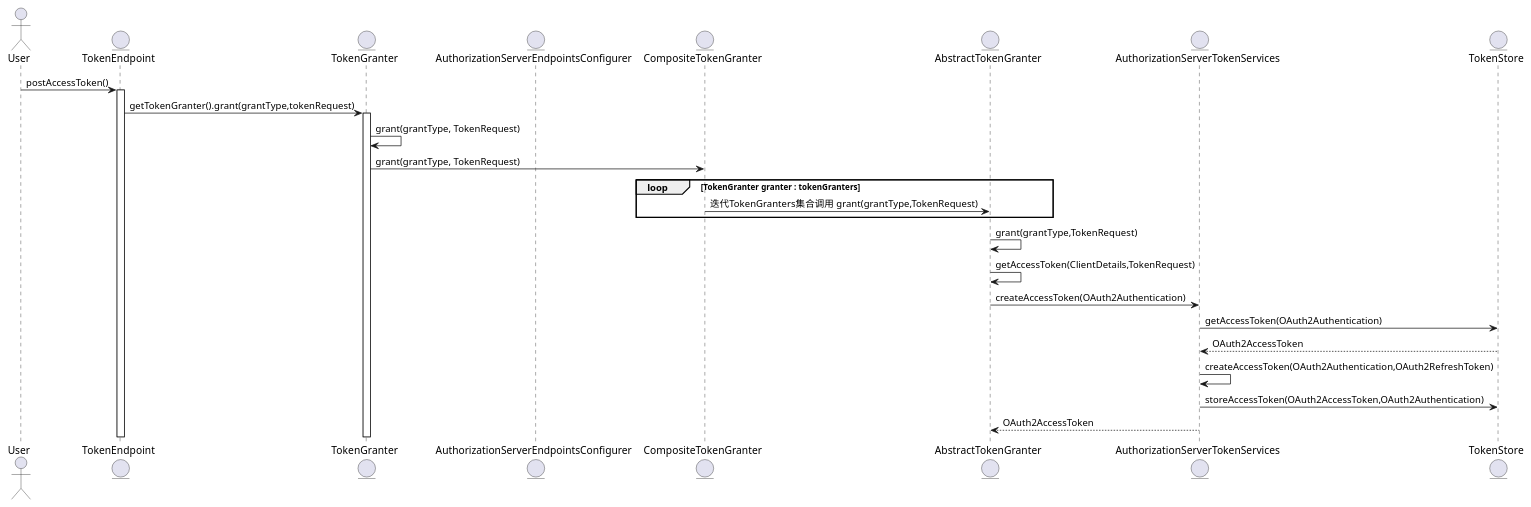
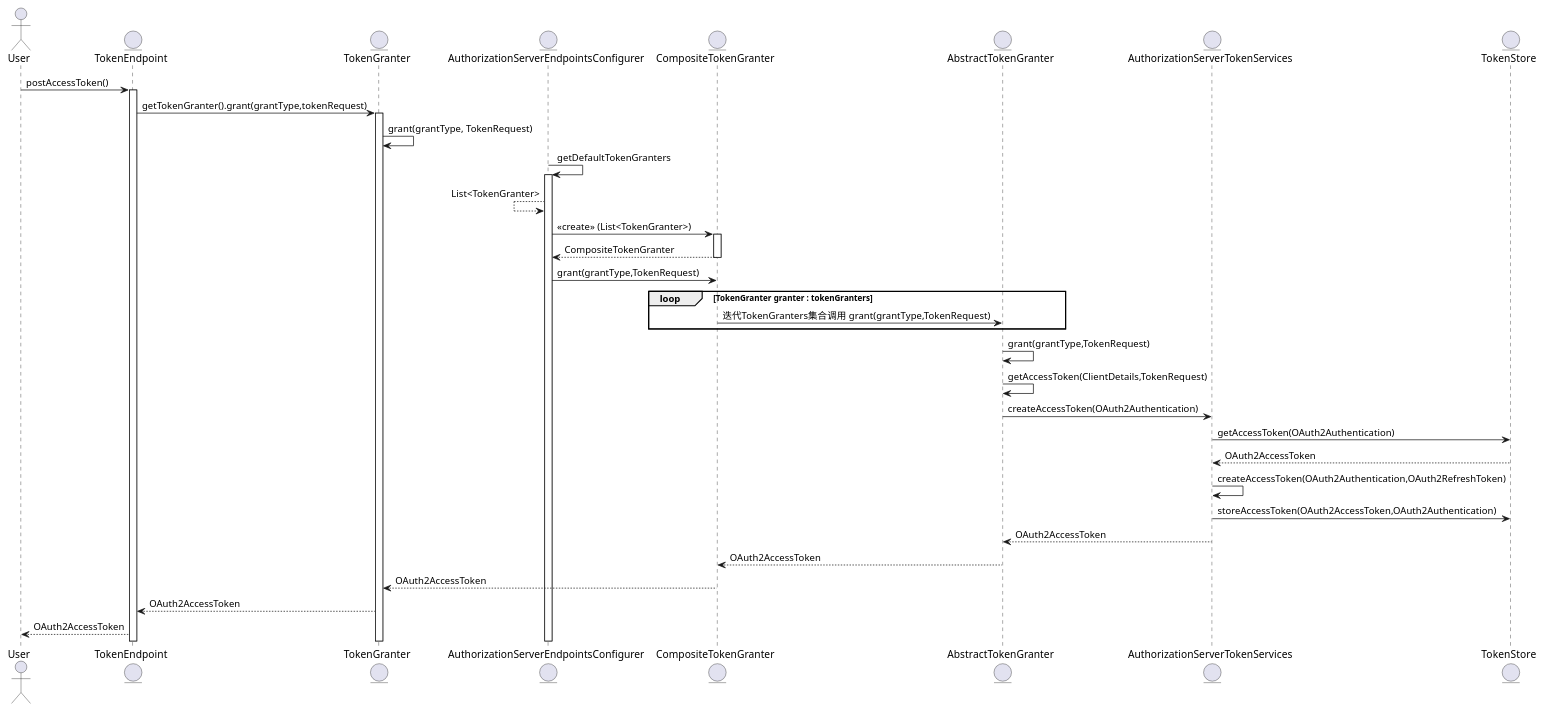
Before and after one commit to JL-Code/thinking-in-java: the diagram in doc/uml/TokenEndpointTokenGrantFlow.puml, drawn with PlantUML.

Commit message:
update TokenEndpointTokenGrantFlow

```diff
--- a/doc/uml/TokenEndpointTokenGrantFlow.puml
+++ b/doc/uml/TokenEndpointTokenGrantFlow.puml
@@ -1,46 +1,73 @@
 @startuml
 actor User
 entity TokenEndpoint
 'entity AbstractEndpoint
 entity TokenGranter
 entity AuthorizationServerEndpointsConfigurer
 entity CompositeTokenGranter
 entity AbstractTokenGranter
 entity AuthorizationServerTokenServices
 entity TokenStore
 
 '/oauth/token,post
 User-> TokenEndpoint: postAccessToken()
 activate TokenEndpoint
 
 'TokenRequest tokenRequest = getOAuth2RequestFactory().createTokenRequest(parameters, authenticatedClient)
 'OAuth2AccessToken token = getTokenGranter().grant(tokenRequest.getGrantType(), tokenRequest)
 TokenEndpoint->TokenGranter: getTokenGranter().grant(grantType,tokenRequest)
 activate TokenGranter
 
 TokenGranter-> TokenGranter:grant(grantType, TokenRequest)
-TokenGranter-> CompositeTokenGranter:grant(grantType, TokenRequest)
+'AuthorizationServerEndpointsConfigurer：
+'@Override
+'				public OAuth2AccessToken grant(String grantType, TokenRequest tokenRequest) {
+'					if (delegate == null) {
+'						delegate = new CompositeTokenGranter(getDefaultTokenGranters());
+'					}
+'					return delegate.grant(grantType, tokenRequest);
+'				}
+
+'grant(grantType, TokenRequest)
+AuthorizationServerEndpointsConfigurer-> AuthorizationServerEndpointsConfigurer:getDefaultTokenGranters
+activate AuthorizationServerEndpointsConfigurer
+
+AuthorizationServerEndpointsConfigurer<--AuthorizationServerEndpointsConfigurer:List<TokenGranter>
+
+AuthorizationServerEndpointsConfigurer-> CompositeTokenGranter: <<create>> (List<TokenGranter>)
+activate CompositeTokenGranter
+
+AuthorizationServerEndpointsConfigurer<-- CompositeTokenGranter:CompositeTokenGranter
+deactivate CompositeTokenGranter
+
+AuthorizationServerEndpointsConfigurer->CompositeTokenGranter:grant(grantType,TokenRequest)
 
 '迭代 TokenGranters 集合调用 grant(grantType,TokenRequest)
 loop TokenGranter granter : tokenGranters
 CompositeTokenGranter->AbstractTokenGranter: 迭代TokenGranters集合调用 grant(grantType,TokenRequest)
 end
 
 AbstractTokenGranter->AbstractTokenGranter:grant(grantType,TokenRequest)
 
 AbstractTokenGranter->AbstractTokenGranter:getAccessToken(ClientDetails,TokenRequest)
 
 AbstractTokenGranter->AuthorizationServerTokenServices:createAccessToken(OAuth2Authentication)
 
 AuthorizationServerTokenServices->TokenStore:getAccessToken(OAuth2Authentication)
+
 AuthorizationServerTokenServices<--TokenStore:OAuth2AccessToken
 
 AuthorizationServerTokenServices->AuthorizationServerTokenServices:createAccessToken(OAuth2Authentication,OAuth2RefreshToken)
 
 'tokenStore.storeAccessToken(accessToken, authentication);
 AuthorizationServerTokenServices->TokenStore:storeAccessToken(OAuth2AccessToken,OAuth2Authentication)
 
 'AbstractTokenGranter：tokenServices.createAccessToken(getOAuth2Authentication(client, tokenRequest));
 AbstractTokenGranter<--AuthorizationServerTokenServices:OAuth2AccessToken
 
+CompositeTokenGranter<--AbstractTokenGranter:OAuth2AccessToken
+TokenGranter<--CompositeTokenGranter:OAuth2AccessToken
+TokenEndpoint<--TokenGranter:OAuth2AccessToken
+User<--TokenEndpoint:OAuth2AccessToken
+
 @enduml
```
